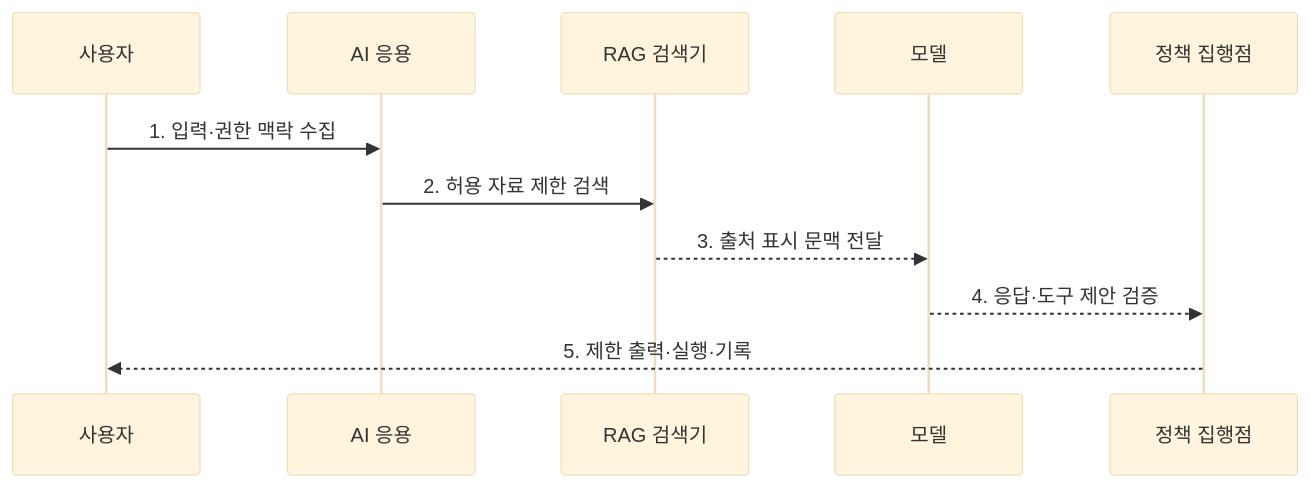
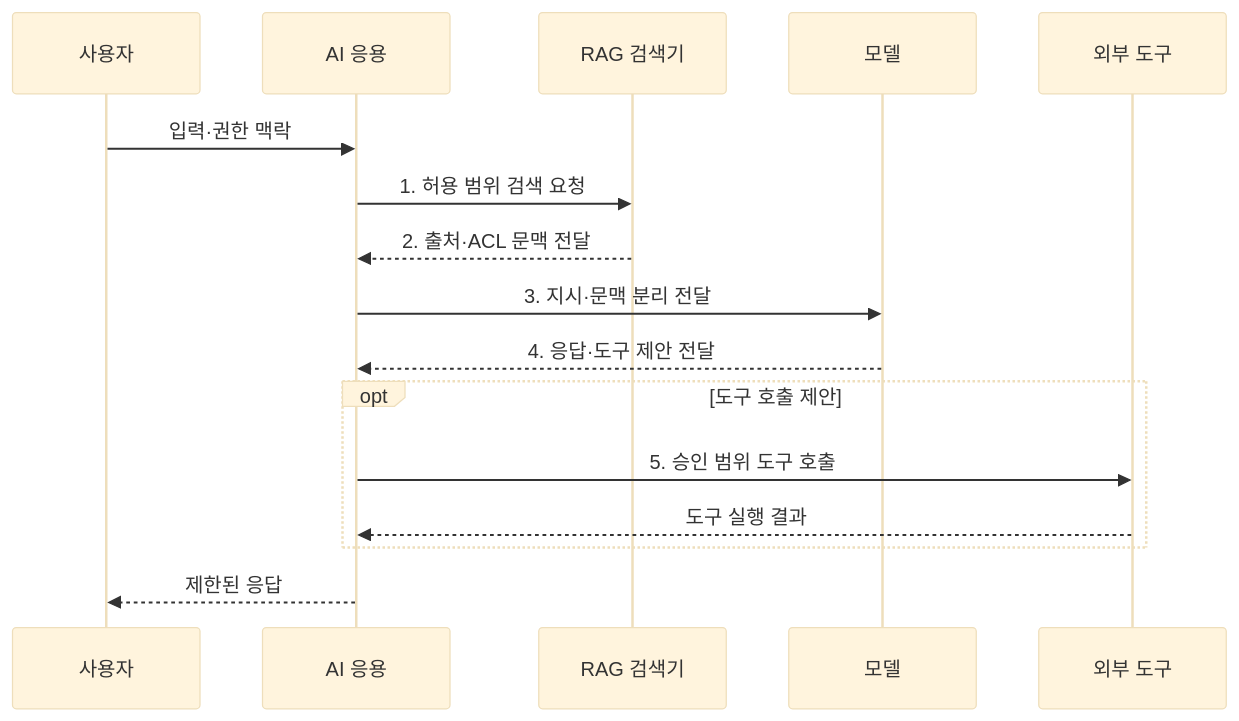
One commit to agnusdei1207/knowledge-base changed the second of 2 diagrams in src/content/docs/notes/05-security/078_ai_security_threat_landscape.md. Above: the diagram before and after it, drawn with Mermaid (base theme). The commit also changed other lines of this file and 20 other files, not shown here.

````diff
--- a/src/content/docs/notes/05-security/078_ai_security_threat_landscape.md
+++ b/src/content/docs/notes/05-security/078_ai_security_threat_landscape.md
@@ -89,13 +93,18 @@
 ```mermaid
 sequenceDiagram
     participant U as 사용자
     participant A as AI 응용
     participant R as RAG 검색기
     participant M as 모델
-    participant P as 정책 집행점
-    U->>A: 1. 입력·권한 맥락 수집
-    A->>R: 2. 허용 자료 제한 검색
-    R-->>M: 3. 출처 표시 문맥 전달
-    M-->>P: 4. 응답·도구 제안 검증
-    P-->>U: 5. 제한 출력·실행·기록
+    participant T as 외부 도구
+    U->>A: 입력·권한 맥락
+    A->>R: 1. 허용 범위 검색 요청
+    R-->>A: 2. 출처·ACL 문맥 전달
+    A->>M: 3. 지시·문맥 분리 전달
+    M-->>A: 4. 응답·도구 제안 전달
+    opt 도구 호출 제안
+        A->>T: 5. 승인 범위 도구 호출
+        T-->>A: 도구 실행 결과
+    end
+    A-->>U: 제한된 응답
 ```
````
